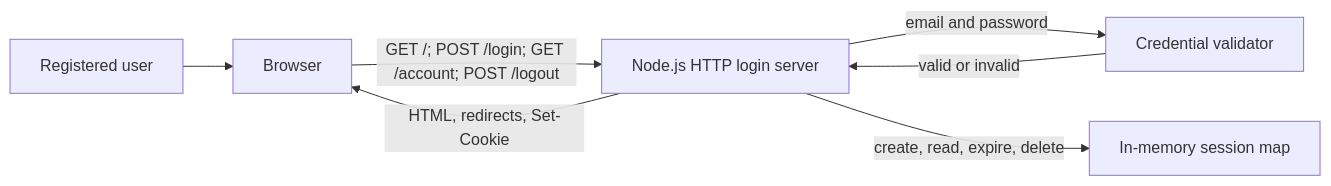
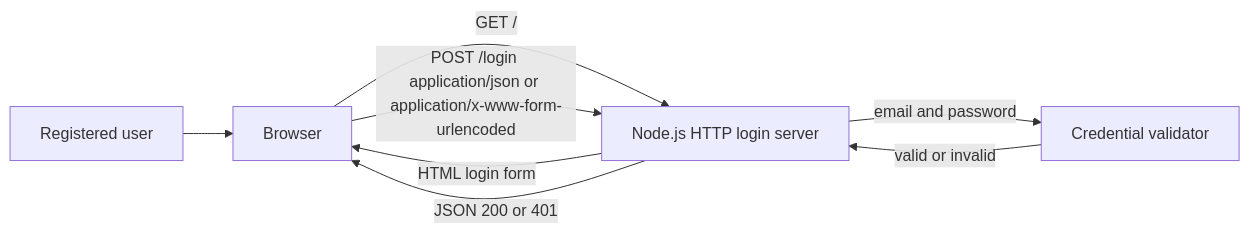
Before and after one commit to jyothireddya/claude-capstone: the diagram in architecture.md, drawn with Mermaid. The commit also changed other lines of this file and 5 other files, not shown here.

First line of the commit message:
Remediate CR-001/CR-002/CR-003: align login endpoint to JSON contract and trim scope

````diff
--- a/architecture.md
+++ b/architecture.md
@@ -11,9 +11,10 @@
 ```mermaid
 flowchart LR
     User[Registered user] --> Browser[Browser]
-    Browser -->|GET /; POST /login; GET /account; POST /logout| Server[Node.js HTTP login server]
+    Browser -->|GET /| Server[Node.js HTTP login server]
+    Browser -->|POST /login application/json or application/x-www-form-urlencoded| Server
     Server -->|email and password| Validator[Credential validator]
     Validator -->|valid or invalid| Server
-    Server -->|create, read, expire, delete| Sessions[In-memory session map]
-    Server -->|HTML, redirects, Set-Cookie| Browser
+    Server -->|HTML login form| Browser
+    Server -->|JSON 200 or 401| Browser
 ```
````
